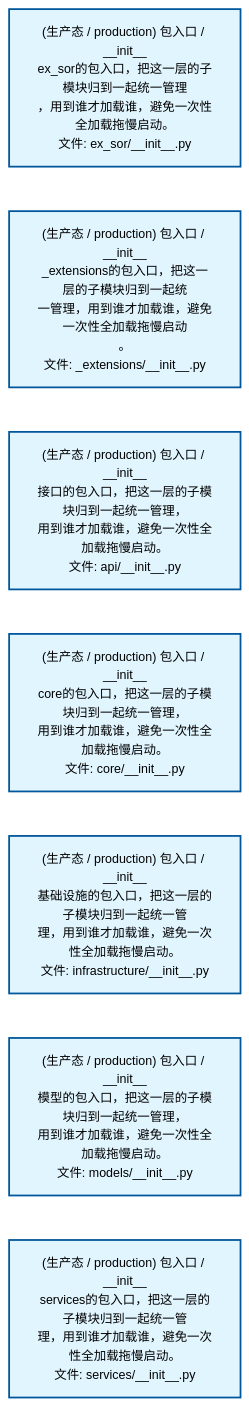
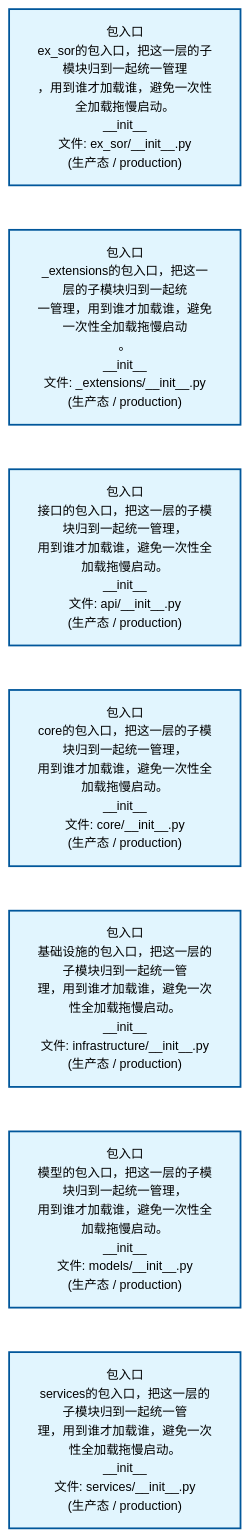
One commit to xuanFelixVan/ZephyrAlpha changed the second of 4 diagrams in docs/02_enterprise_architecture/02_domain_architecture_docs/45_d_ex_sor.md. Above: the diagram before and after it, drawn with Mermaid. The commit also changed other lines of this file and 62 other files, not shown here.

````diff
--- a/docs/02_enterprise_architecture/02_domain_architecture_docs/45_d_ex_sor.md
+++ b/docs/02_enterprise_architecture/02_domain_architecture_docs/45_d_ex_sor.md
@@ -111,22 +111,22 @@
 ```mermaid
 %%{init: {'theme': 'base', 'themeVariables': {'primaryColor': '#eaeaea', 'primaryTextColor': '#333333', 'primaryBorderColor': '#666666', 'lineColor': '#666666', 'secondaryColor': '#eaeaea', 'tertiaryColor': '#eaeaea', 'fontSize': '14px'}}}%%
 flowchart TD
-    src_zephyr_ex_sor_init_py["(生产态 / production) 包入口 / __init__<br/>ex_sor的包入口，把这一层的子模块归到一起统一管理<br/>，用到谁才加载谁，避免一次性全加载拖慢启动。<br/>文件: ex_sor/__init__.py"]
-    src_zephyr_ex_sor_extensions_init_py["(生产态 / production) 包入口 / __init__<br/>_extensions的包入口，把这一层的子模块归到一起统<br/>一管理，用到谁才加载谁，避免一次性全加载拖慢启动<br/>。<br/>文件: _extensions/__init__.py"]
-    src_zephyr_ex_sor_api_init_py["(生产态 / production) 包入口 / __init__<br/>接口的包入口，把这一层的子模块归到一起统一管理，<br/>用到谁才加载谁，避免一次性全加载拖慢启动。<br/>文件: api/__init__.py"]
-    src_zephyr_ex_sor_core_init_py["(生产态 / production) 包入口 / __init__<br/>core的包入口，把这一层的子模块归到一起统一管理，<br/>用到谁才加载谁，避免一次性全加载拖慢启动。<br/>文件: core/__init__.py"]
-    src_zephyr_ex_sor_infrastructure_init_py["(生产态 / production) 包入口 / __init__<br/>基础设施的包入口，把这一层的子模块归到一起统一管<br/>理，用到谁才加载谁，避免一次性全加载拖慢启动。<br/>文件: infrastructure/__init__.py"]
-    src_zephyr_ex_sor_models_init_py["(生产态 / production) 包入口 / __init__<br/>模型的包入口，把这一层的子模块归到一起统一管理，<br/>用到谁才加载谁，避免一次性全加载拖慢启动。<br/>文件: models/__init__.py"]
-    src_zephyr_ex_sor_services_init_py["(生产态 / production) 包入口 / __init__<br/>services的包入口，把这一层的子模块归到一起统一管<br/>理，用到谁才加载谁，避免一次性全加载拖慢启动。<br/>文件: services/__init__.py"]
+    src_zephyr_ex_sor_init_py["包入口<br/>ex_sor的包入口，把这一层的子模块归到一起统一管理<br/>，用到谁才加载谁，避免一次性全加载拖慢启动。<br/>__init__<br/>文件: ex_sor/__init__.py<br/>(生产态 / production)"]
+    src_zephyr_ex_sor_extensions_init_py["包入口<br/>_extensions的包入口，把这一层的子模块归到一起统<br/>一管理，用到谁才加载谁，避免一次性全加载拖慢启动<br/>。<br/>__init__<br/>文件: _extensions/__init__.py<br/>(生产态 / production)"]
+    src_zephyr_ex_sor_api_init_py["包入口<br/>接口的包入口，把这一层的子模块归到一起统一管理，<br/>用到谁才加载谁，避免一次性全加载拖慢启动。<br/>__init__<br/>文件: api/__init__.py<br/>(生产态 / production)"]
+    src_zephyr_ex_sor_core_init_py["包入口<br/>core的包入口，把这一层的子模块归到一起统一管理，<br/>用到谁才加载谁，避免一次性全加载拖慢启动。<br/>__init__<br/>文件: core/__init__.py<br/>(生产态 / production)"]
+    src_zephyr_ex_sor_infrastructure_init_py["包入口<br/>基础设施的包入口，把这一层的子模块归到一起统一管<br/>理，用到谁才加载谁，避免一次性全加载拖慢启动。<br/>__init__<br/>文件: infrastructure/__init__.py<br/>(生产态 / production)"]
+    src_zephyr_ex_sor_models_init_py["包入口<br/>模型的包入口，把这一层的子模块归到一起统一管理，<br/>用到谁才加载谁，避免一次性全加载拖慢启动。<br/>__init__<br/>文件: models/__init__.py<br/>(生产态 / production)"]
+    src_zephyr_ex_sor_services_init_py["包入口<br/>services的包入口，把这一层的子模块归到一起统一管<br/>理，用到谁才加载谁，避免一次性全加载拖慢启动。<br/>__init__<br/>文件: services/__init__.py<br/>(生产态 / production)"]
     src_zephyr_ex_sor_init_py ~~~ src_zephyr_ex_sor_extensions_init_py
     src_zephyr_ex_sor_extensions_init_py ~~~ src_zephyr_ex_sor_api_init_py
     src_zephyr_ex_sor_api_init_py ~~~ src_zephyr_ex_sor_core_init_py
     src_zephyr_ex_sor_core_init_py ~~~ src_zephyr_ex_sor_infrastructure_init_py
     src_zephyr_ex_sor_infrastructure_init_py ~~~ src_zephyr_ex_sor_models_init_py
     src_zephyr_ex_sor_models_init_py ~~~ src_zephyr_ex_sor_services_init_py
     classDef production fill:#e1f5fe,stroke:#01579b,stroke-width:2px,color:#000
     classDef design fill:#fff3e0,stroke:#e65100,stroke-width:2px,color:#000,stroke-dasharray: 5 5
     classDef external_prod fill:#e8f4fd,stroke:#0277bd,stroke-width:1px,color:#000
     classDef external_design fill:#fff8e7,stroke:#ef6c00,stroke-width:1px,color:#000,stroke-dasharray: 5 5
     class src_zephyr_ex_sor_init_py,src_zephyr_ex_sor_extensions_init_py,src_zephyr_ex_sor_api_init_py,src_zephyr_ex_sor_core_init_py,src_zephyr_ex_sor_infrastructure_init_py,src_zephyr_ex_sor_models_init_py,src_zephyr_ex_sor_services_init_py production
 ```
````
